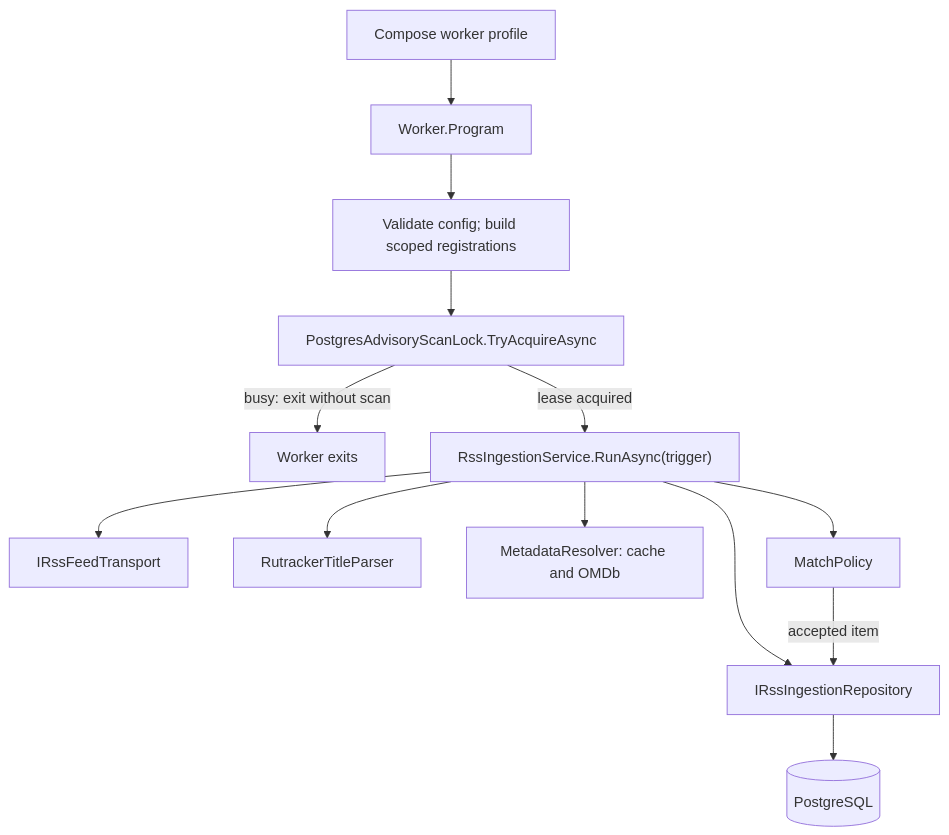
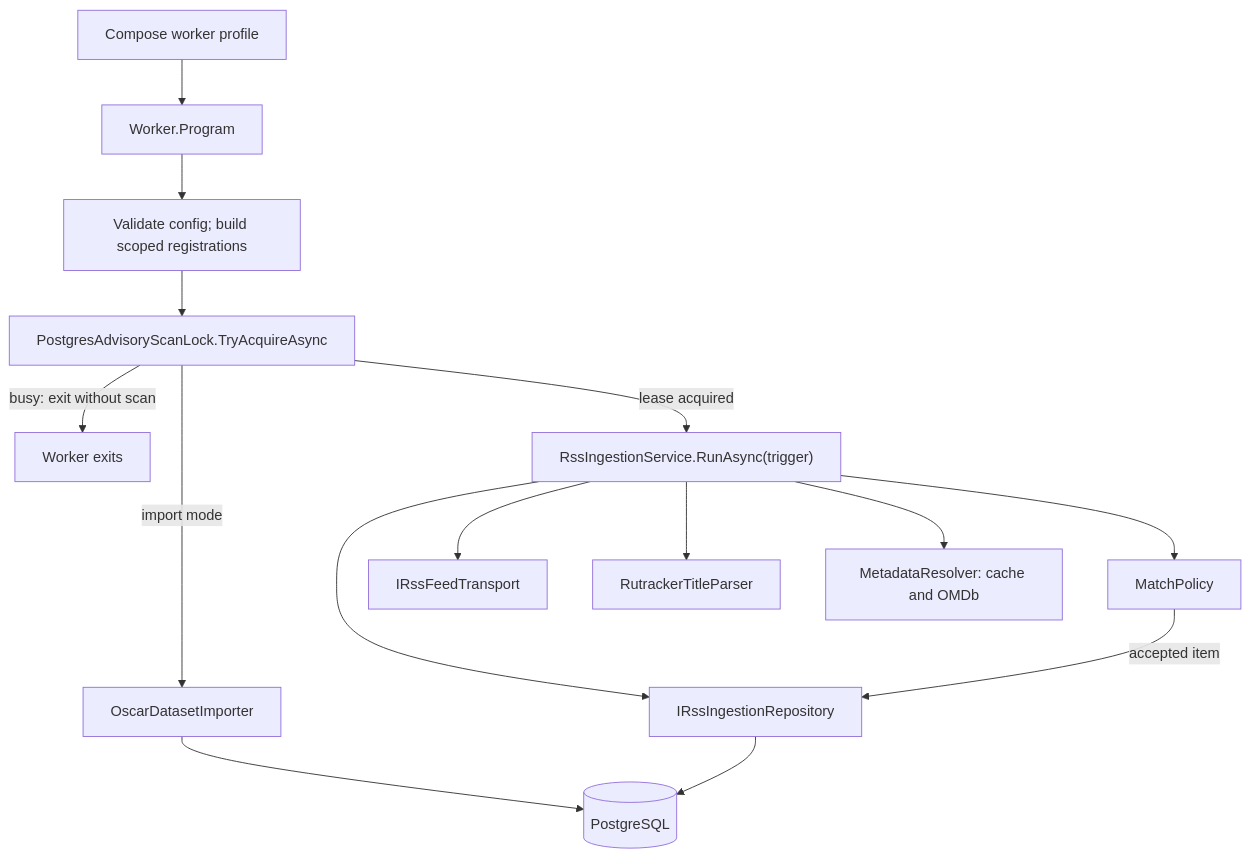
One commit to ValeriDublekov/MediaDock changed the third of 4 diagrams in next/docs/ai/ARCHITECTURE.md. Above: the diagram before and after it, drawn with Mermaid. The commit also changed other lines of this file and 28 other files, not shown here.

````diff
--- a/next/docs/ai/ARCHITECTURE.md
+++ b/next/docs/ai/ARCHITECTURE.md
@@ -54,15 +54,17 @@
 ```mermaid
 flowchart TD
     compose["Compose worker profile"] --> entry["Worker.Program"]
     entry --> wiring["Validate config; build scoped registrations"]
     wiring --> lock["PostgresAdvisoryScanLock.TryAcquireAsync"]
     lock -->|"busy: exit without scan"| exit["Worker exits"]
+    lock -->|"import mode"| oscarImport["OscarDatasetImporter"]
+    oscarImport --> db[("PostgreSQL")]
     lock -->|"lease acquired"| usecase["RssIngestionService.RunAsync(trigger)"]
     usecase --> repo["IRssIngestionRepository"]
     usecase --> feed["IRssFeedTransport"]
     usecase --> parser["RutrackerTitleParser"]
     usecase --> metadata["MetadataResolver: cache and OMDb"]
     usecase --> match["MatchPolicy"]
     match -->|"accepted item"| repo
     repo --> db[("PostgreSQL")]
 ```
````
